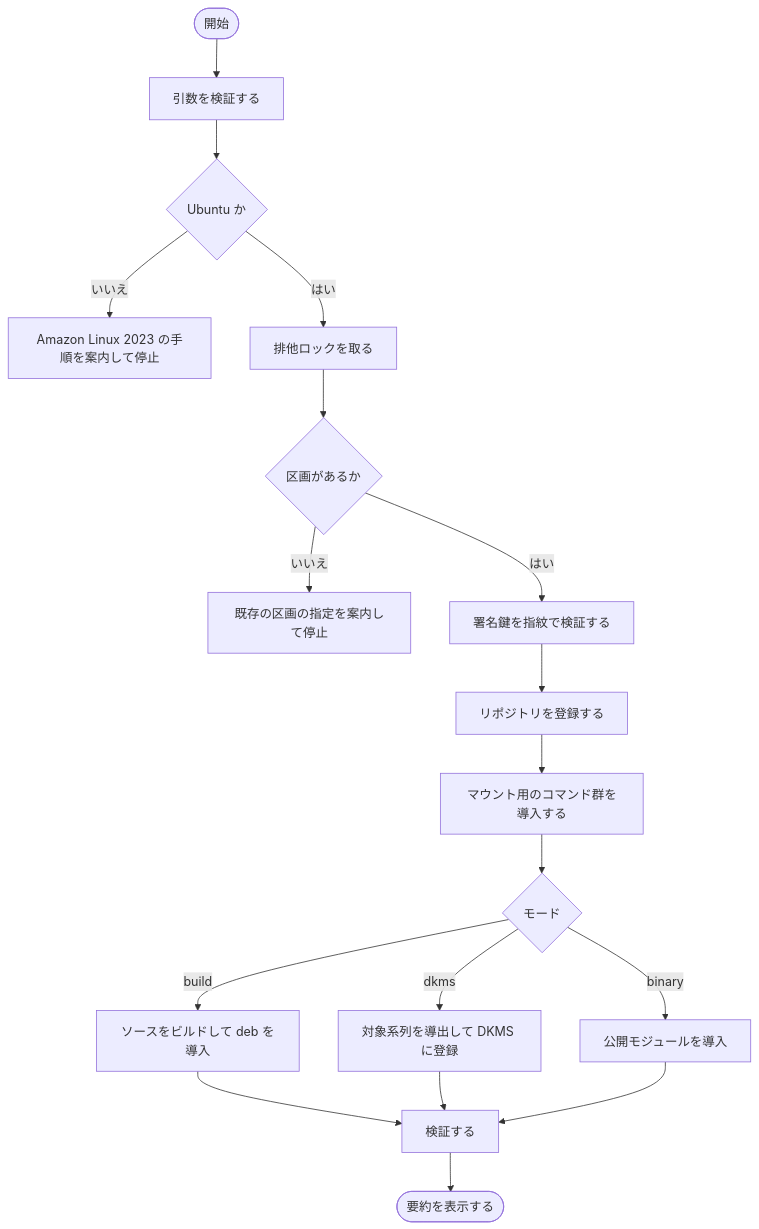
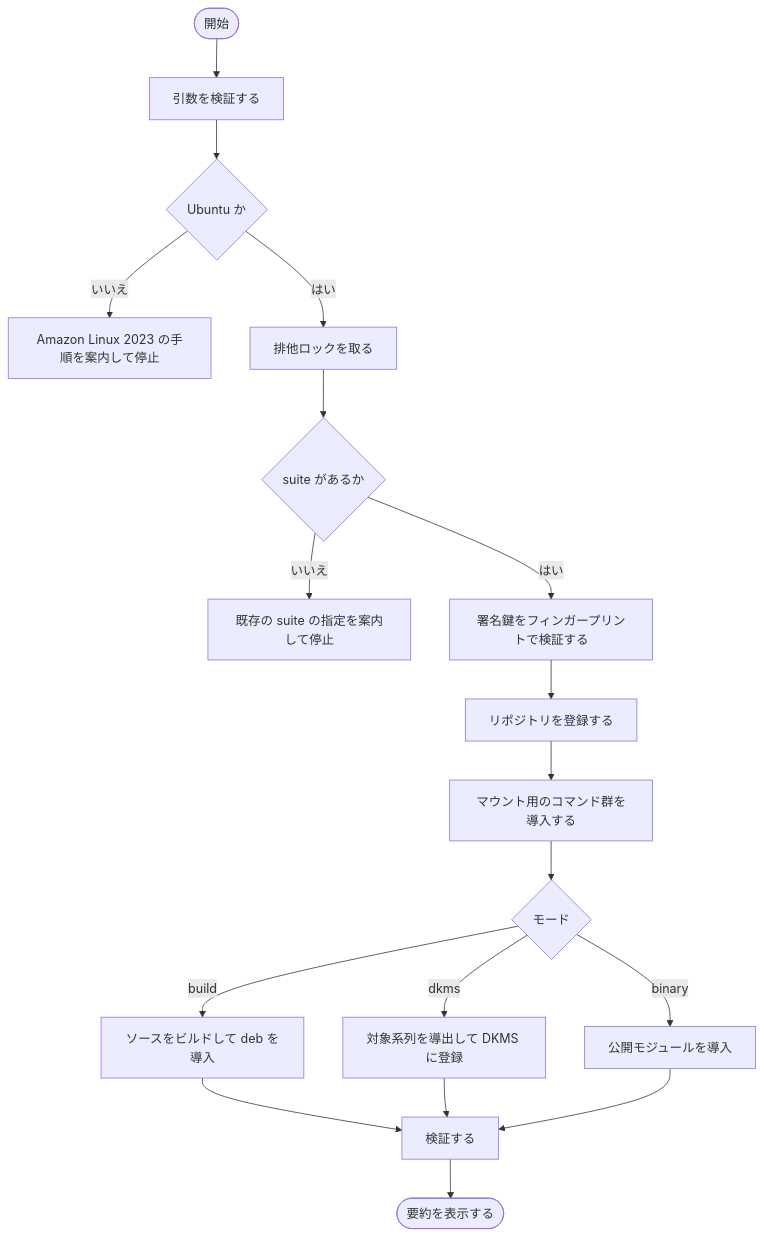
The third of 4 diagrams in articles/73cedcb6add298.md (littlemex/zenn), drawn with Mermaid before and after one commit. The commit also changed other lines of this file, not shown here.

````diff
--- a/articles/73cedcb6add298.md
+++ b/articles/73cedcb6add298.md
@@ -229,20 +231,20 @@
 ```mermaid
 flowchart TD
   S([開始]) --> ARG[引数を検証する]
   ARG --> OS{Ubuntu か}
   OS -- いいえ --> ST1[Amazon Linux 2023 の手順を案内して停止]
   OS -- はい --> LOCK[排他ロックを取る]
-  LOCK --> SUITE{区画があるか}
-  SUITE -- いいえ --> ST2[既存の区画の指定を案内して停止]
-  SUITE -- はい --> KEY[署名鍵を指紋で検証する]
+  LOCK --> SUITE{suite があるか}
+  SUITE -- いいえ --> ST2[既存の suite の指定を案内して停止]
+  SUITE -- はい --> KEY[署名鍵をフィンガープリントで検証する]
   KEY --> REPO[リポジトリを登録する]
   REPO --> UTILS[マウント用のコマンド群を導入する]
   UTILS --> MODE{モード}
   MODE -- build --> B[ソースをビルドして deb を導入]
   MODE -- dkms --> D[対象系列を導出して DKMS に登録]
   MODE -- binary --> N[公開モジュールを導入]
   B --> V[検証する]
   D --> V
   N --> V
   V --> SUM([要約を表示する])
 ```
````
